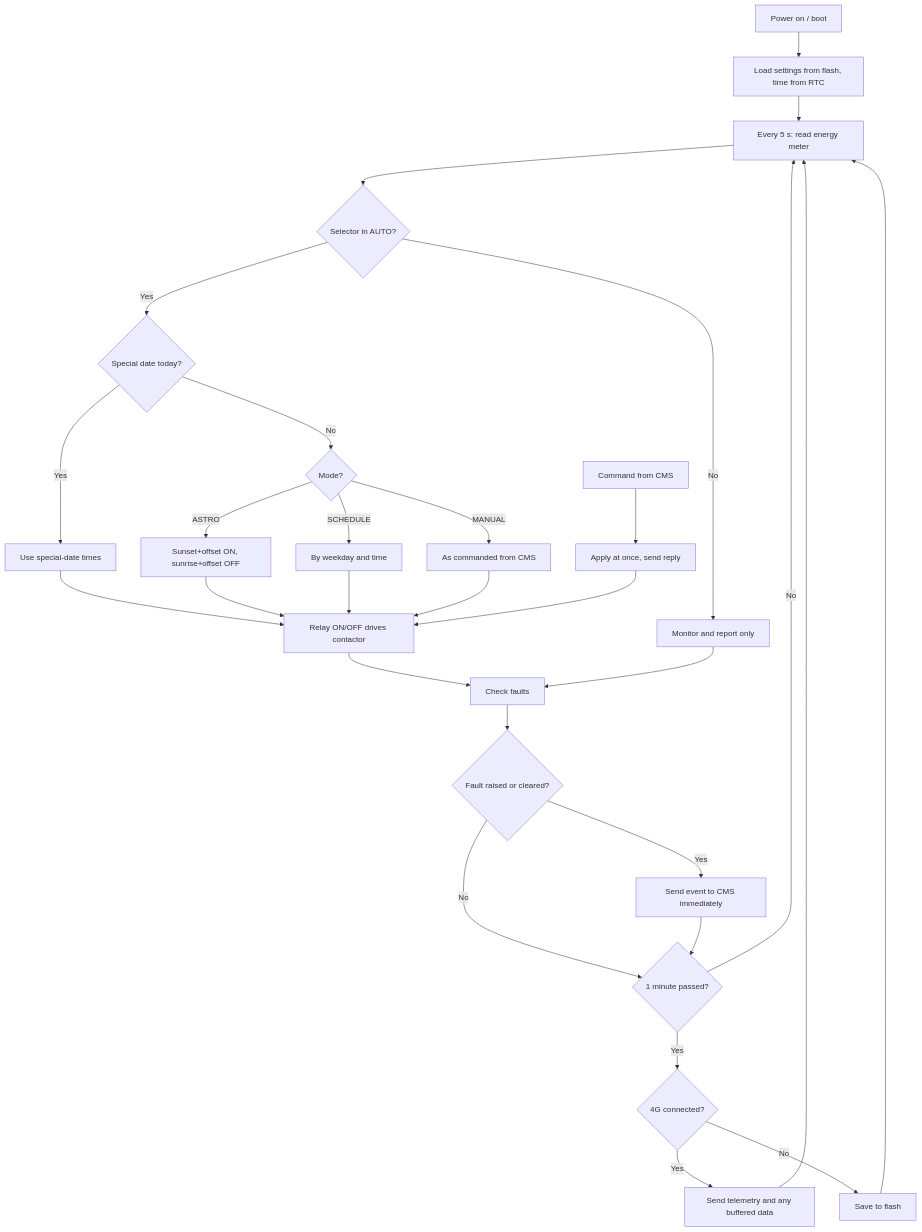
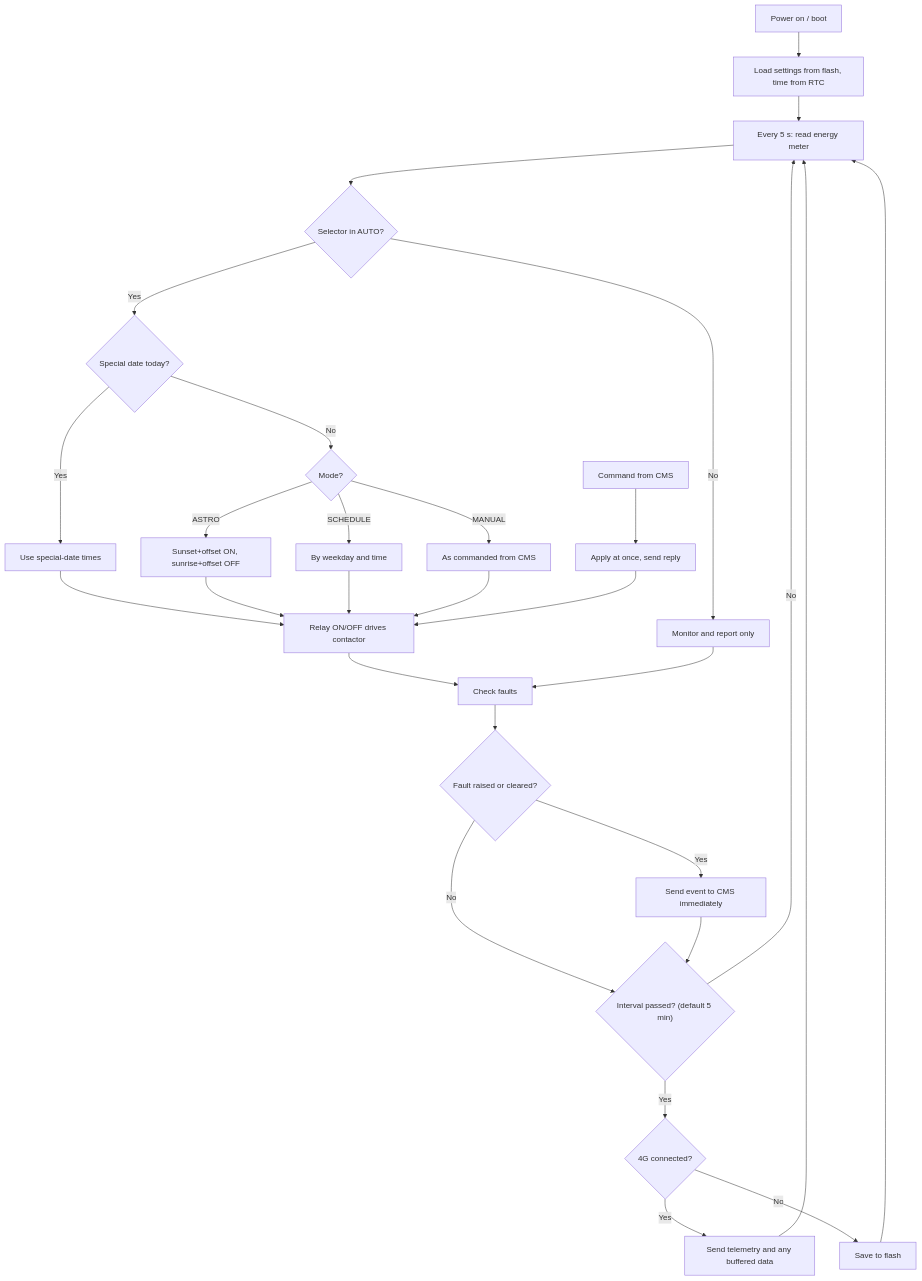
One commit to roxjaglan000-ui/cms changed the diagram in docs/logic.md. Above: the diagram before and after it, drawn with Mermaid. The commit also changed other lines of this file and 10 other files, not shown here.

````diff
--- a/docs/logic.md
+++ b/docs/logic.md
@@ -18,30 +18,30 @@
 ```mermaid
 flowchart TD
   A["Power on / boot"] --> B["Load settings from flash, time from RTC"]
   B --> C["Every 5 s: read energy meter"]
   C --> D{"Selector in AUTO?"}
   D -- "No" --> E["Monitor and report only"]
   D -- "Yes" --> F{"Special date today?"}
   F -- "Yes" --> G["Use special-date times"]
   F -- "No" --> H{"Mode?"}
   H -- "ASTRO" --> I["Sunset+offset ON, sunrise+offset OFF"]
   H -- "SCHEDULE" --> J["By weekday and time"]
   H -- "MANUAL" --> K["As commanded from CMS"]
   G --> L["Relay ON/OFF drives contactor"]
   I --> L
   J --> L
   K --> L
   L --> M["Check faults"]
   E --> M
   M --> N{"Fault raised or cleared?"}
   N -- "Yes" --> O["Send event to CMS immediately"]
-  N -- "No" --> P{"1 minute passed?"}
+  N -- "No" --> P{"Interval passed? (default 5 min)"}
   O --> P
   P -- "No" --> C
   P -- "Yes" --> Q{"4G connected?"}
   Q -- "Yes" --> R["Send telemetry and any buffered data"]
   Q -- "No" --> S["Save to flash"]
   R --> C
   S --> C
   X["Command from CMS"] --> Y["Apply at once, send reply"] --> L
 ```
````
